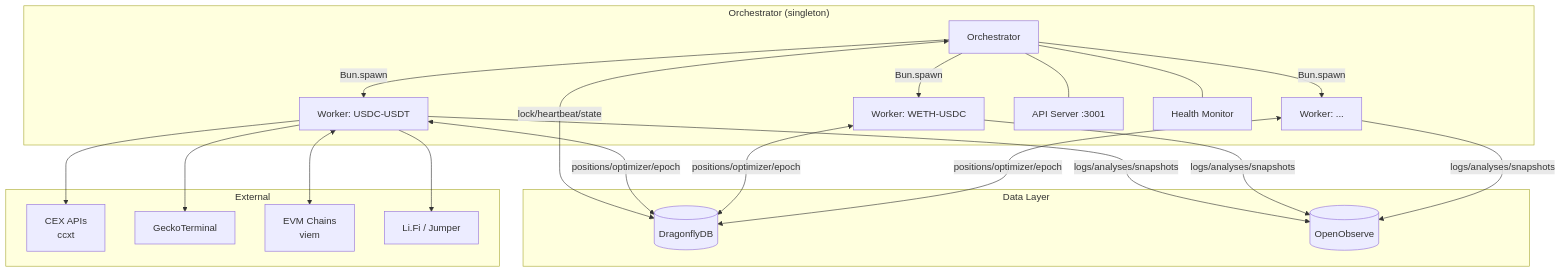
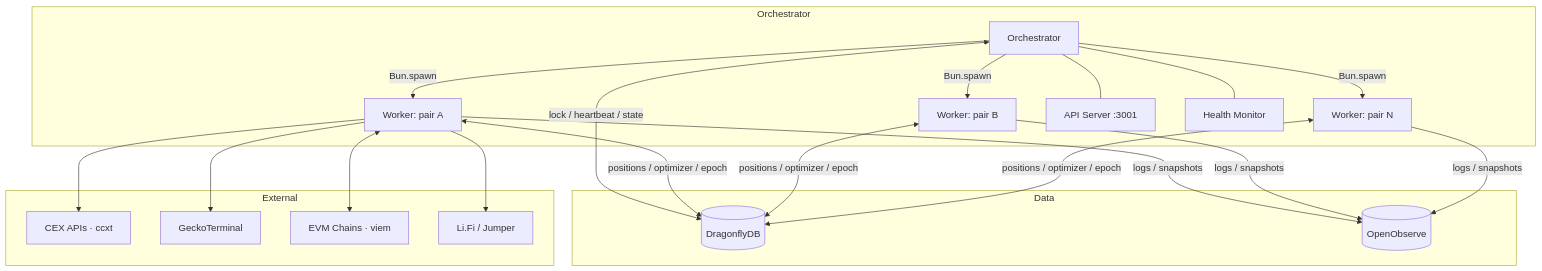
Before and after one commit to btr-supply/light-alm: the second of 2 diagrams in README.md, drawn with Mermaid. The commit also changed other lines of this file, not shown here.

First line of the commit message:
docs: rewrite README with strategy cycle diagram and corrected DEX table

````diff
--- a/README.md
+++ b/README.md
@@ -17,36 +31,34 @@
 ```mermaid
 graph TD
-    subgraph "Orchestrator (singleton)"
-        O[Orchestrator] -->|Bun.spawn| W1[Worker: USDC-USDT]
-        O -->|Bun.spawn| W2[Worker: WETH-USDC]
-        O -->|Bun.spawn| W3[Worker: ...]
+    subgraph Orchestrator
+        O[Orchestrator] -->|Bun.spawn| W1[Worker: pair A]
+        O -->|Bun.spawn| W2[Worker: pair B]
+        O -->|Bun.spawn| W3[Worker: pair N]
         O --- API[API Server :3001]
         O --- HM[Health Monitor]
     end
 
-    subgraph "Data Layer"
+    subgraph Data
         DF[(DragonflyDB)]
         O2[(OpenObserve)]
     end
 
-    O <-->|lock/heartbeat/state| DF
-    W1 <-->|positions/optimizer/epoch| DF
-    W2 <-->|positions/optimizer/epoch| DF
-    W3 <-->|positions/optimizer/epoch| DF
+    O <-->|lock / heartbeat / state| DF
+    W1 <-->|positions / optimizer / epoch| DF
+    W2 <-->|positions / optimizer / epoch| DF
+    W3 <-->|positions / optimizer / epoch| DF
 
-    W1 -->|logs/analyses/snapshots| O2
-    W2 -->|logs/analyses/snapshots| O2
-    W3 -->|logs/analyses/snapshots| O2
+    W1 -->|logs / snapshots| O2
+    W2 -->|logs / snapshots| O2
+    W3 -->|logs / snapshots| O2
 
-    subgraph "External"
-        CEX[CEX APIs<br/>ccxt]
+    subgraph External
+        CEX[CEX APIs · ccxt]
         GECKO[GeckoTerminal]
-        CHAINS[EVM Chains<br/>viem]
+        CHAINS[EVM Chains · viem]
         BRIDGE[Li.Fi / Jumper]
     end
 
-    W1 --> CEX
-    W1 --> GECKO
+    W1 --> CEX & GECKO & BRIDGE
     W1 <--> CHAINS
-    W1 --> BRIDGE
 ```
````
